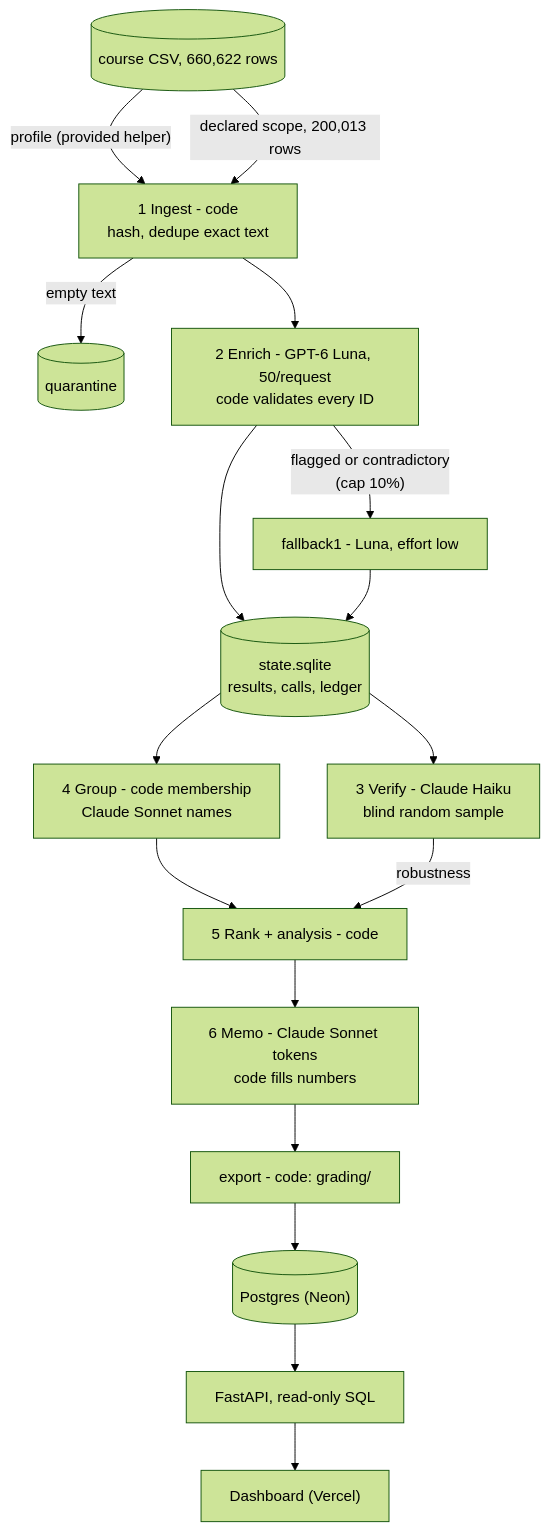
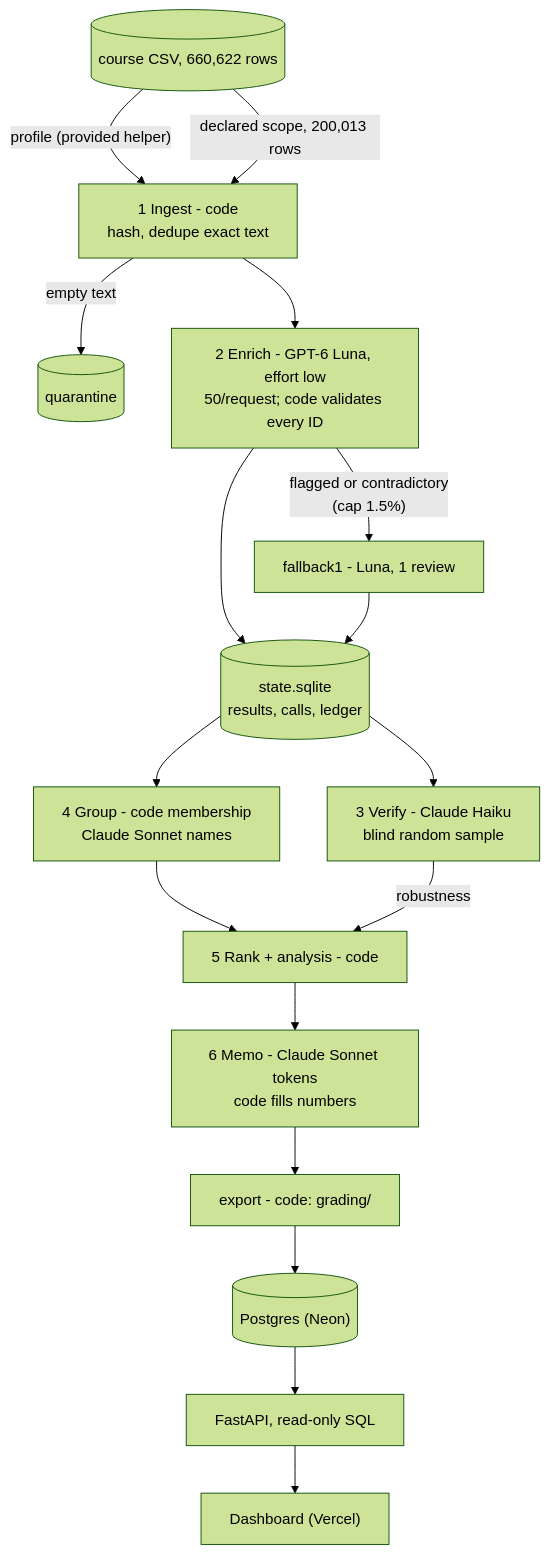
Before and after one commit to easonhanyc/mba290t-Multi-Agent-Large-Data-Processing-Pipeline: the diagram in README.md, drawn with Mermaid (forest theme). The commit also changed other lines of this file and 319 other files, not shown here.

````diff
--- a/README.md
+++ b/README.md
@@ -151,18 +165,18 @@
 ```mermaid
 flowchart TD
     CSV[("course CSV, 660,622 rows")] -->|"profile (provided helper)"| ING
     CSV -->|"declared scope, 200,013 rows"| ING["1 Ingest - code<br/>hash, dedupe exact text"]
     ING -->|empty text| Q[(quarantine)]
-    ING --> EN["2 Enrich - GPT-6 Luna, 50/request<br/>code validates every ID"]
-    EN -->|"flagged or contradictory<br/>(cap 10%)"| F1["fallback1 - Luna, effort low"]
+    ING --> EN["2 Enrich - GPT-6 Luna, effort low<br/>50/request; code validates every ID"]
+    EN -->|"flagged or contradictory<br/>(cap 1.5%)"| F1["fallback1 - Luna, 1 review"]
     EN --> ST[("state.sqlite<br/>results, calls, ledger")]
     F1 --> ST
     ST --> VE["3 Verify - Claude Haiku<br/>blind random sample"]
     ST --> GR["4 Group - code membership<br/>Claude Sonnet names"]
     GR --> RK["5 Rank + analysis - code"]
     VE -->|robustness| RK
     RK --> ME["6 Memo - Claude Sonnet tokens<br/>code fills numbers"]
     ME --> EX["export - code: grading/"]
     EX --> DB[("Postgres (Neon)")]
     DB --> API["FastAPI, read-only SQL"] --> UI["Dashboard (Vercel)"]
 ```
````
